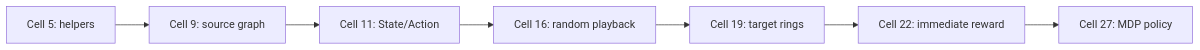
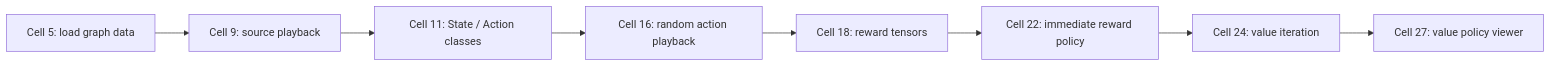
Before and after one commit to EvihGraphics/AnimationTech-HTC: the second of 6 diagrams in docs/blog/AnimationPapers/precomputing_avatar_behavior/README.md, drawn with Mermaid. The commit also changed other lines of this file and 27 other files, not shown here.

````diff
--- a/docs/blog/AnimationPapers/precomputing_avatar_behavior/README.md
+++ b/docs/blog/AnimationPapers/precomputing_avatar_behavior/README.md
@@ -40,9 +46,10 @@
 ```mermaid
 flowchart LR
-    C5[Cell 5: helpers] --> C9[Cell 9: source graph]
-    C9 --> C11[Cell 11: State/Action]
-    C11 --> C16[Cell 16: random playback]
-    C16 --> C19[Cell 19: target rings]
-    C19 --> C22[Cell 22: immediate reward]
-    C22 --> C27[Cell 27: MDP policy]
+    C5[Cell 5: load graph data] --> C9[Cell 9: source playback]
+    C9 --> C11[Cell 11: State / Action classes]
+    C11 --> C16[Cell 16: random action playback]
+    C16 --> C18[Cell 18: reward tensors]
+    C18 --> C22[Cell 22: immediate reward policy]
+    C22 --> C24[Cell 24: value iteration]
+    C24 --> C27[Cell 27: value policy viewer]
 ```
````
